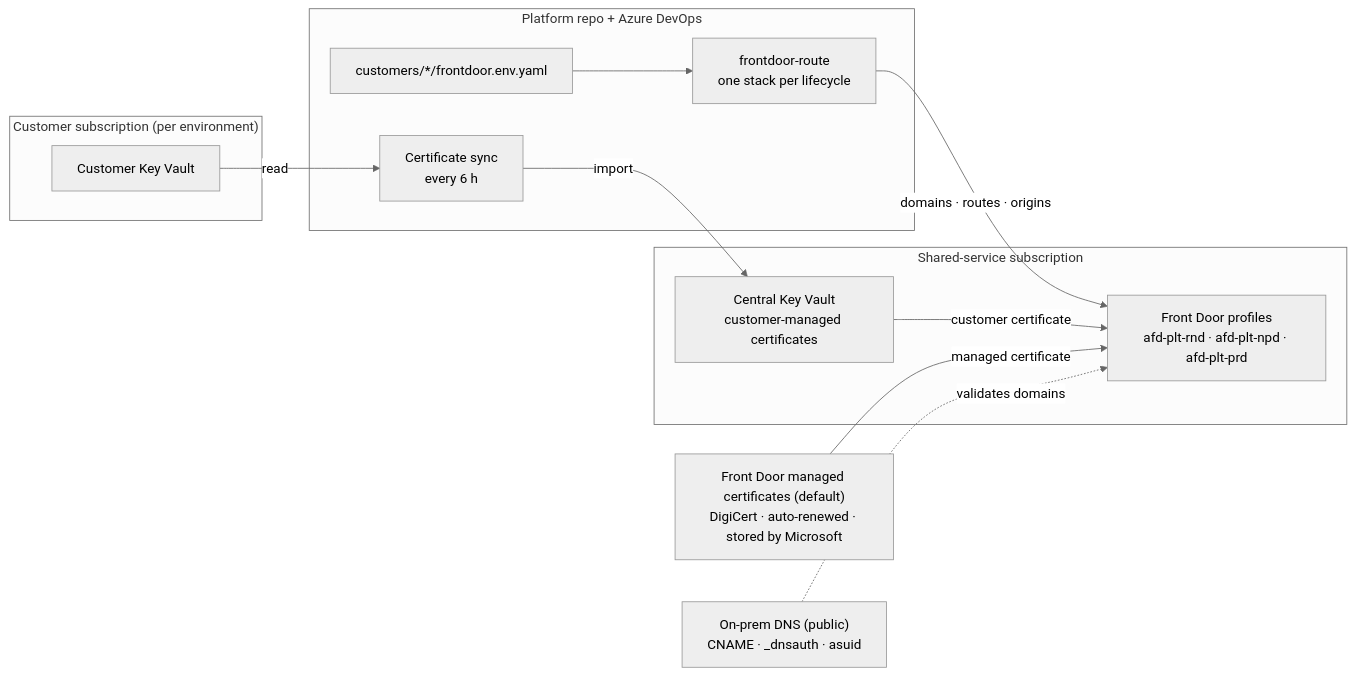
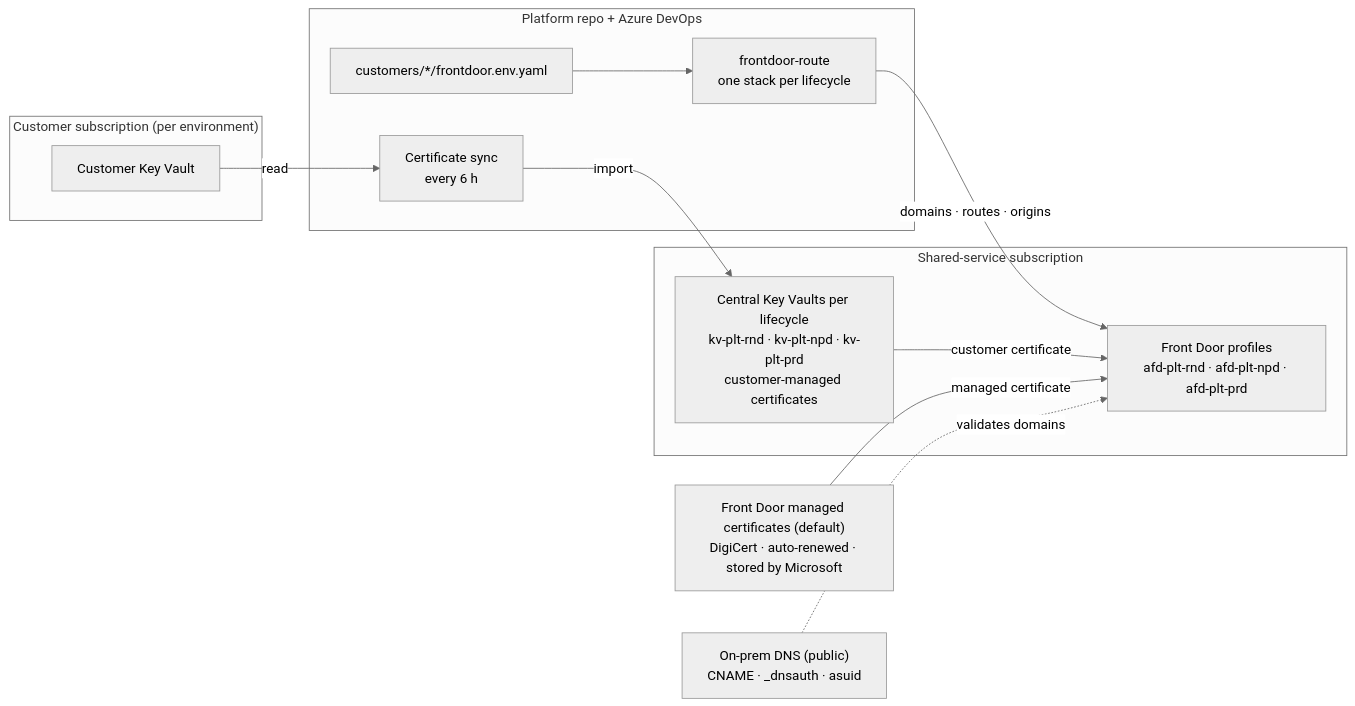
One commit to msdhn/msdhn-projects changed the second of 2 diagrams in architecture/frontdoor/frontdoor_design.md. Above: the diagram before and after it, drawn with Mermaid (neutral theme). The commit also changed other lines of this file, not shown here.

````diff
--- a/architecture/frontdoor/frontdoor_design.md
+++ b/architecture/frontdoor/frontdoor_design.md
@@ -74,28 +73,28 @@
 ```mermaid
 flowchart LR
     subgraph ops["Platform repo + Azure DevOps"]
         cfg["customers/*/frontdoor.env.yaml"]
         route["frontdoor-route<br/>one stack per lifecycle"]
         sync["Certificate sync<br/>every 6 h"]
     end
 
     subgraph cust["Customer subscription (per environment)"]
         ckv["Customer Key Vault"]
     end
 
     subgraph shared["Shared-service subscription"]
-        kv["Central Key Vault<br/>customer-managed certificates"]
+        kv["Central Key Vaults per lifecycle<br/>kv-plt-rnd · kv-plt-npd · kv-plt-prd<br/>customer-managed certificates"]
         afd["Front Door profiles<br/>afd-plt-rnd · afd-plt-npd · afd-plt-prd"]
     end
 
     mcert["Front Door managed certificates (default)<br/>DigiCert · auto-renewed · stored by Microsoft"]
     dns["On-prem DNS (public)<br/>CNAME · _dnsauth · asuid"]
 
     cfg --> route
     route -->|domains · routes · origins| afd
     ckv -->|read| sync
     sync -->|import| kv
     kv -->|customer certificate| afd
     mcert -->|managed certificate| afd
     dns -.->|validates domains| afd
 ```
````
